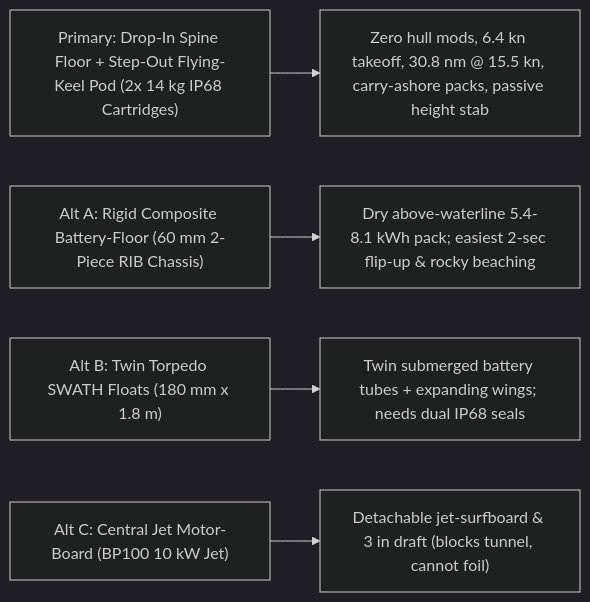
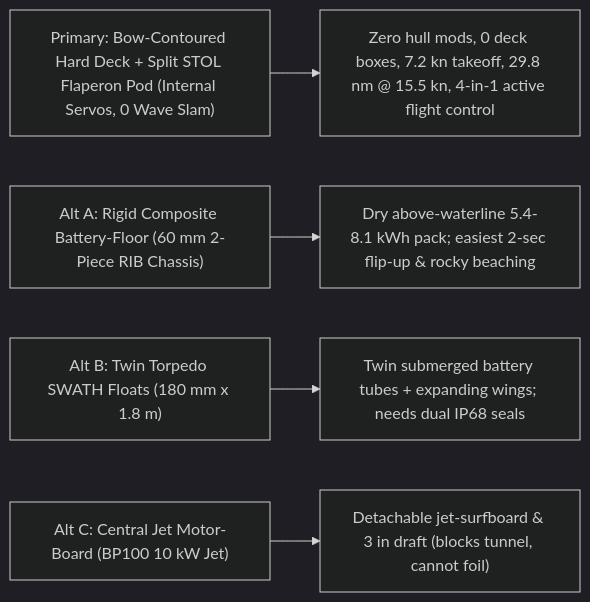
One commit to boats-boats-boats/foil-skiff changed the third of 3 diagrams in electric-foiling-dinghy-guide.md. Above: the diagram before and after it, drawn with Mermaid (dark theme). The commit also changed other lines of this file and 31 other files, not shown here.

Commit message:
Promote Split STOL Flaperons (internal pod servos) to Primary, Switchblades to Secondary, contour bow Hard Deck & under-hull plate, and add DESIGN_TRADE_OFFS.md

````diff
--- a/electric-foiling-dinghy-guide.md
+++ b/electric-foiling-dinghy-guide.md
@@ -260,7 +258,7 @@
 ```mermaid
 flowchart LR
-    P["Primary: Drop-In Spine Floor + Step-Out Flying-Keel Pod (2x 14 kg IP68 Cartridges)"] --> P1["Zero hull mods, 6.4 kn takeoff, 30.8 nm @ 15.5 kn, carry-ashore packs, passive height stab"]
+    P["Primary: Bow-Contoured Hard Deck + Split STOL Flaperon Pod (Internal Servos, 0 Wave Slam)"] --> P1["Zero hull mods, 0 deck boxes, 7.2 kn takeoff, 29.8 nm @ 15.5 kn, 4-in-1 active flight control"]
     C["Alt A: Rigid Composite Battery-Floor (60 mm 2-Piece RIB Chassis)"] --> C1["Dry above-waterline 5.4-8.1 kWh pack; easiest 2-sec flip-up & rocky beaching"]
     A["Alt B: Twin Torpedo SWATH Floats (180 mm x 1.8 m)"] --> A1["Twin submerged battery tubes + expanding wings; needs dual IP68 seals"]
     B["Alt C: Central Jet Motor-Board (BP100 10 kW Jet)"] --> B1["Detachable jet-surfboard & 3 in draft (blocks tunnel, cannot foil)"]
 ```
````
